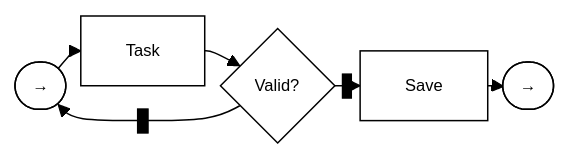
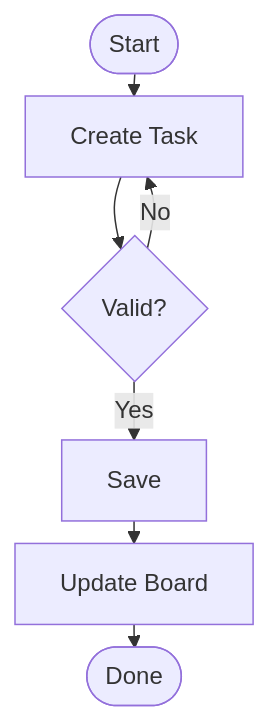
Before and after one commit to ritiku2004/Zira-Project-details: the diagram in diagrams/activity.mmd, drawn with Mermaid. The commit also changed 2 other files, not shown here.

Commit message:
Diagrames added

```diff
--- a/diagrams/activity.mmd
+++ b/diagrams/activity.mmd
@@ -1,12 +1,8 @@
-%%{init: {"theme":"base", "flowchart": {"nodeSpacing": 10, "rankSpacing": 10}, "themeVariables": {"fontSize": "11px", "fontFamily": "arial", "primaryColor": "#000000", "primaryTextColor": "#000000", "lineColor": "#000000", "tertiaryColor": "#fff"}}}%%
-flowchart LR
-  classDef basic fill:#fff,stroke:#000,color:#000,font-size:11px
-  classDef diamond fill:#fff,stroke:#000,color:#000,font-size:11px
-
-  Start([→]) --> Task[Task] --> Valid{Valid?}
-  Valid -->|Y| Save[Save]
-  Valid -->|N| Start
-  Save --> Done([→])
-
-  class Start,Task,Save basic
-  class Valid diamond
+%%{init: {"flowchart": {"nodeSpacing": 15, "rankSpacing": 15}}}%%
+flowchart TD
+    Start([Start]) --> Create[Create Task]
+    Create --> Valid{Valid?}
+    Valid -->|No| Create
+    Valid -->|Yes| Save[Save]
+    Save --> Update[Update Board]
+    Update --> Done([Done])
```
